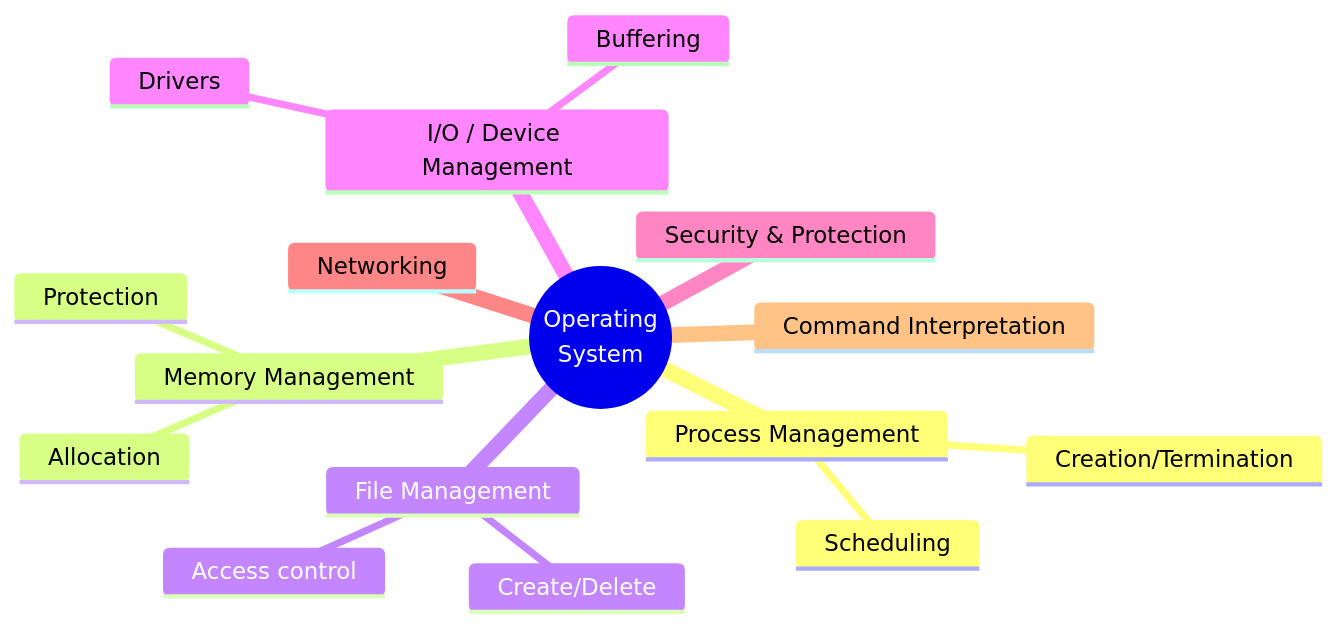
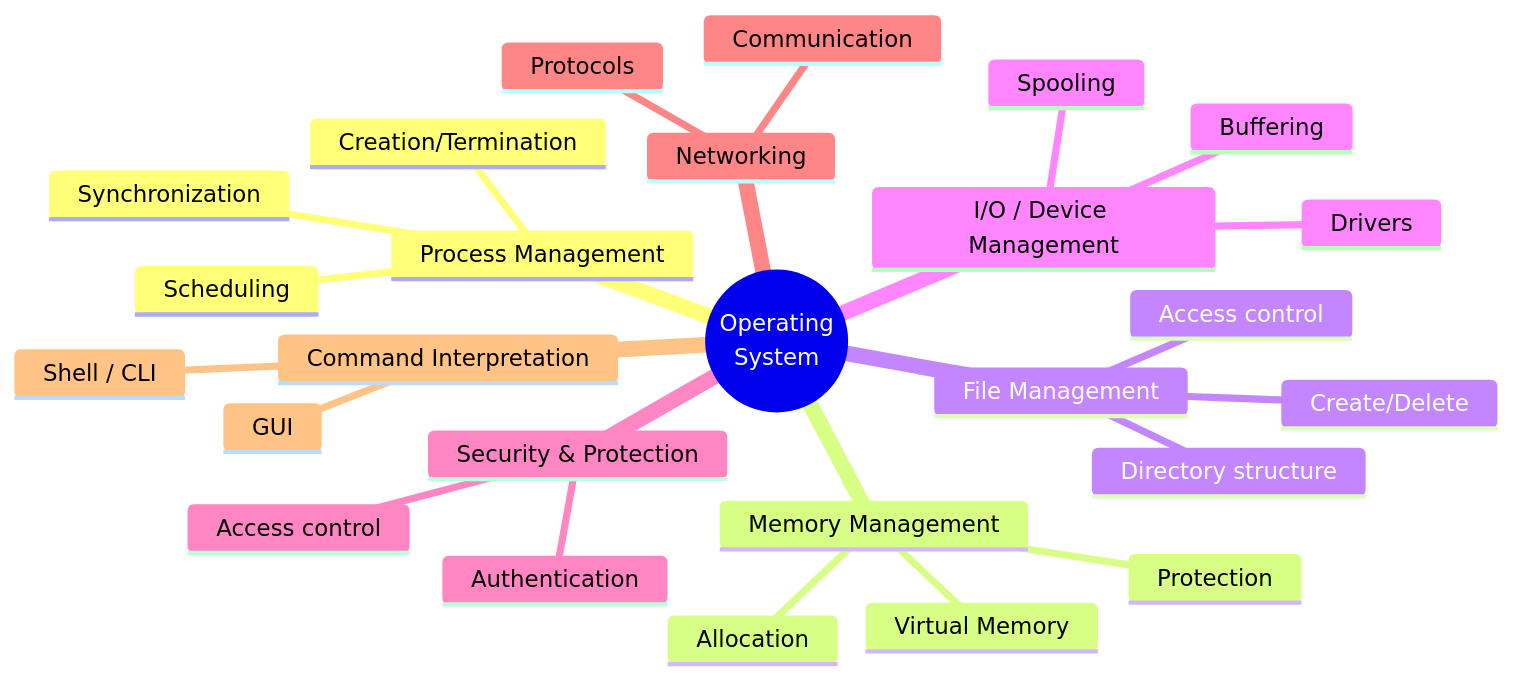
The third of 6 diagrams in 01-introduction-to-os/README.md (lakshyasingh-1/Operating-Systems), drawn with Mermaid before and after one commit. The commit also changed other lines of this file, not shown here.

````diff
--- a/01-introduction-to-os/README.md
+++ b/01-introduction-to-os/README.md
@@ -55,19 +94,29 @@
 ```mermaid
 mindmap
   root((Operating<br/>System))
     Process Management
       Scheduling
       Creation/Termination
+      Synchronization
     Memory Management
       Allocation
       Protection
+      Virtual Memory
     File Management
       Create/Delete
       Access control
+      Directory structure
     I/O / Device Management
       Drivers
       Buffering
+      Spooling
     Security & Protection
+      Authentication
+      Access control
     Networking
+      Protocols
+      Communication
     Command Interpretation
+      Shell / CLI
+      GUI
 ```
````
